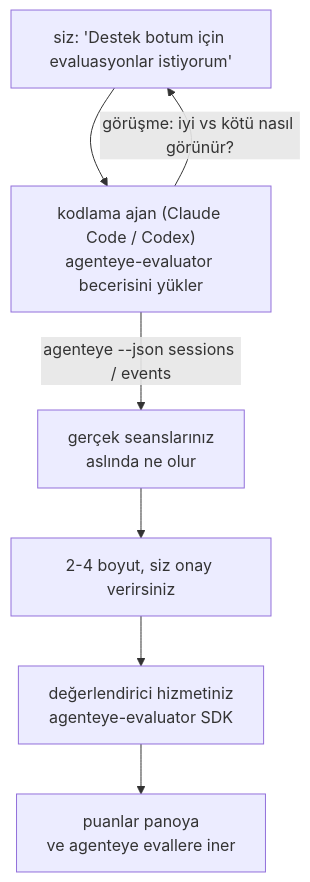
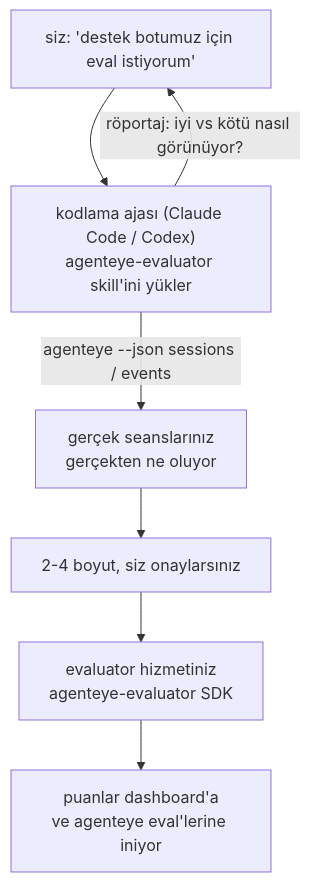
Before and after one commit to FailproofAI/failproofai: the diagram in docs/tr/agenteye/evaluator-skill.mdx, drawn with Mermaid. The commit also changed other lines of this file and 677 other files, not shown here.

````diff
--- a/docs/tr/agenteye/evaluator-skill.mdx
+++ b/docs/tr/agenteye/evaluator-skill.mdx
@@ -20,9 +21,9 @@
 ```mermaid
 flowchart TD
-    YOU["siz: 'Destek botum için evaluasyonlar istiyorum'"] --> AGENT["kodlama ajan (Claude Code / Codex)<br/>agenteye-evaluator becerisini yükler"]
-    AGENT -->|"görüşme: iyi vs kötü nasıl görünür?"| YOU
-    AGENT -->|"agenteye --json sessions / events"| DATA["gerçek seanslarınız<br/>aslında ne olur"]
-    DATA --> DIMS["2-4 boyut, siz onay verirsiniz"]
-    DIMS --> SVC["değerlendirici hizmetiniz<br/>agenteye-evaluator SDK"]
-    SVC --> SCORES["puanlar panoya<br/>ve agenteye evallere iner"]
+    YOU["siz: 'destek botumuz için eval istiyorum'"] --> AGENT["kodlama ajası (Claude Code / Codex)<br/>agenteye-evaluator skill'ini yükler"]
+    AGENT -->|"röportaj: iyi vs kötü nasıl görünüyor?"| YOU
+    AGENT -->|"agenteye --json sessions / events"| DATA["gerçek seanslarınız<br/>gerçekten ne oluyor"]
+    DATA --> DIMS["2-4 boyut, siz onaylarsınız"]
+    DIMS --> SVC["evaluator hizmetiniz<br/>agenteye-evaluator SDK"]
+    SVC --> SCORES["puanlar dashboard'a<br/>ve agenteye eval'lerine iniyor"]
 ```
````
